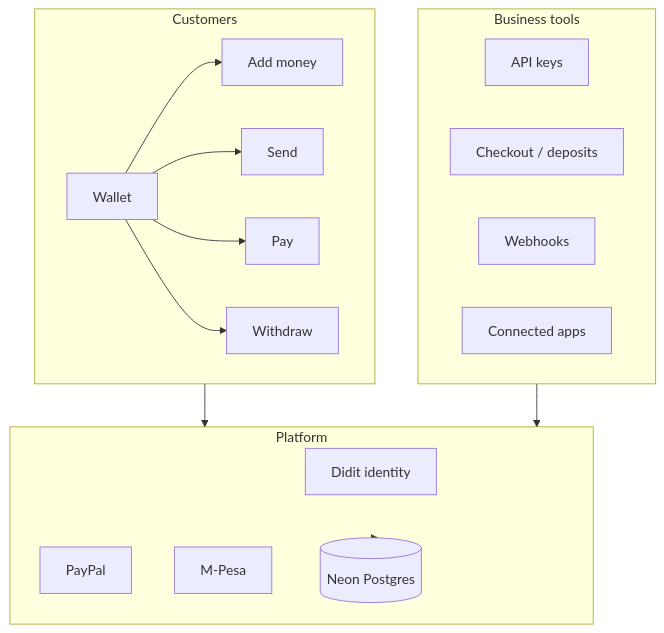
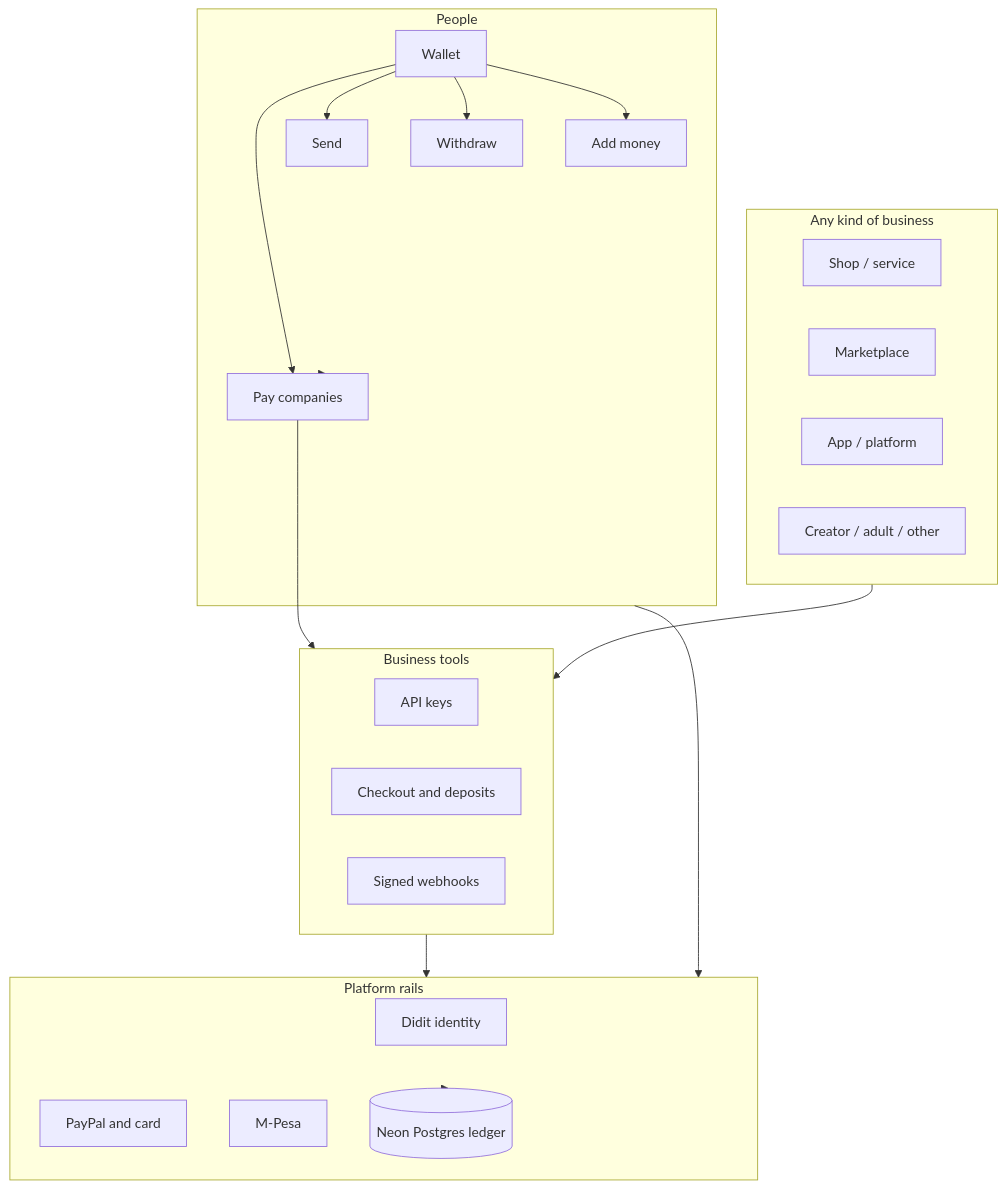
One commit to josephokero/nuru-shillings changed the diagram in README.md. Above: the diagram before and after it, drawn with Mermaid. The commit also changed other lines of this file, not shown here.

Commit message:
Expand README: how Nora works, who it is for, and every kind of business welcome.

````diff
--- a/README.md
+++ b/README.md
@@ -47,28 +120,37 @@
 ```mermaid
 flowchart TB
-  subgraph customers [Customers]
+  subgraph people [People]
     W[Wallet]
     W --> Add[Add money]
     W --> Send[Send]
-    W --> Pay[Pay]
+    W --> Pay[Pay companies]
     W --> Out[Withdraw]
   end
 
-  subgraph business [Business tools]
-    K[API keys]
-    C[Checkout / deposits]
-    H[Webhooks]
-    A[Connected apps]
+  subgraph biz [Any kind of business]
+    Shop[Shop / service]
+    Market[Marketplace]
+    App[App / platform]
+    Other[Creator / adult / other]
   end
 
-  subgraph platform [Platform]
-    ID[Didit identity]
-    PP[PayPal]
-    MP[M-Pesa]
-    DB[(Neon Postgres)]
+  subgraph tools [Business tools]
+    K[API keys]
+    C[Checkout and deposits]
+    H[Signed webhooks]
   end
 
-  customers --> platform
-  business --> platform
-  platform --> DB
+  subgraph rails [Platform rails]
+    ID[Didit identity]
+    PP[PayPal and card]
+    MP[M-Pesa]
+    DB[(Neon Postgres ledger)]
+  end
+
+  people --> Pay
+  Pay --> tools
+  biz --> tools
+  tools --> rails
+  people --> rails
+  rails --> DB
 ```
````
